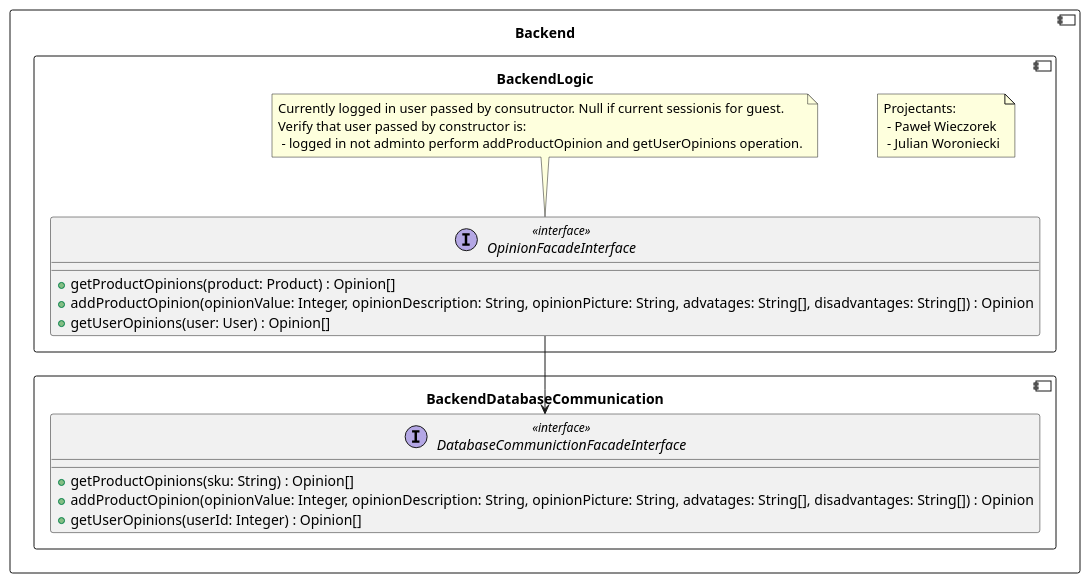
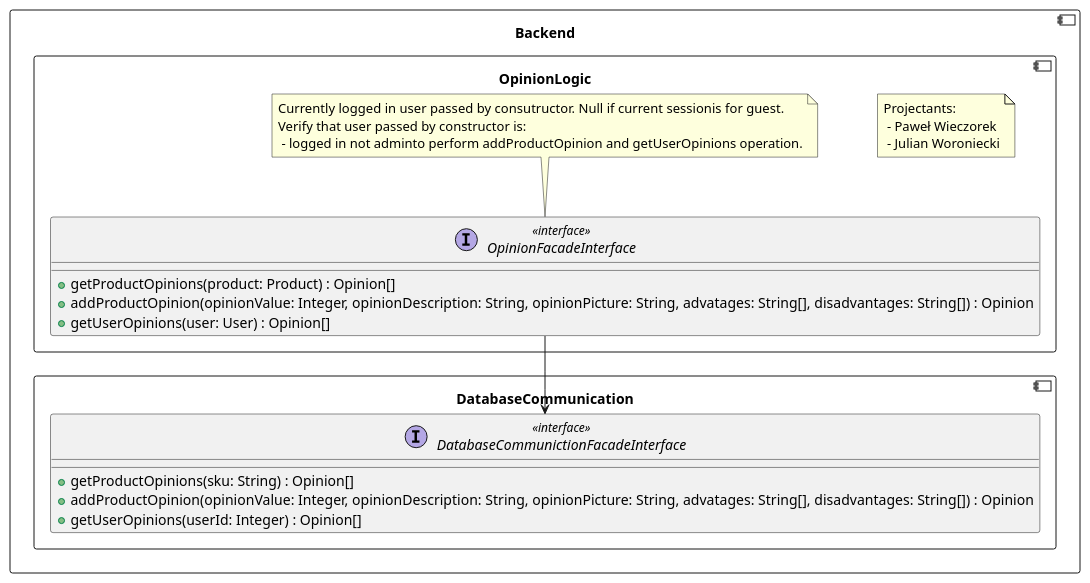
The fifth of 5 diagrams in backend/BackendLogic.md (RadekBucki/OpinionCollectorArchitecture), drawn with PlantUML before and after one commit. The commit also changed other lines of this file and 8 other files, not shown here.

````diff
--- a/backend/BackendLogic.md
+++ b/backend/BackendLogic.md
@@ -175,34 +181,34 @@
 ```plantuml
 @startuml
 component Backend {
-    component BackendDatabaseCommunication {
+    component DatabaseCommunication {
         interface DatabaseCommunictionFacadeInterface <<interface>> {
             + getProductOpinions(sku: String) : Opinion[]
             + addProductOpinion(opinionValue: Integer, opinionDescription: String, opinionPicture: String, advatages: String[], disadvantages: String[]) : Opinion
             + getUserOpinions(userId: Integer) : Opinion[]
         }
     }
     
-    component BackendLogic {
+    component OpinionLogic {
         note as Authors
             Projectants: 
              - Paweł Wieczorek
              - Julian Woroniecki
         endnote
         
         OpinionFacadeInterface  --> DatabaseCommunictionFacadeInterface
         interface OpinionFacadeInterface <<interface>> {
             + getProductOpinions(product: Product) : Opinion[]
             + addProductOpinion(opinionValue: Integer, opinionDescription: String, opinionPicture: String, advatages: String[], disadvantages: String[]) : Opinion
             + getUserOpinions(user: User) : Opinion[]
         }
     
         note top of OpinionFacadeInterface
             Currently logged in user passed by consutructor. Null if current sessionis for guest.
             Verify that user passed by constructor is:
              - logged in not adminto perform addProductOpinion and getUserOpinions operation.
         endnote
     }
 }
 @enduml 
 ```
````
